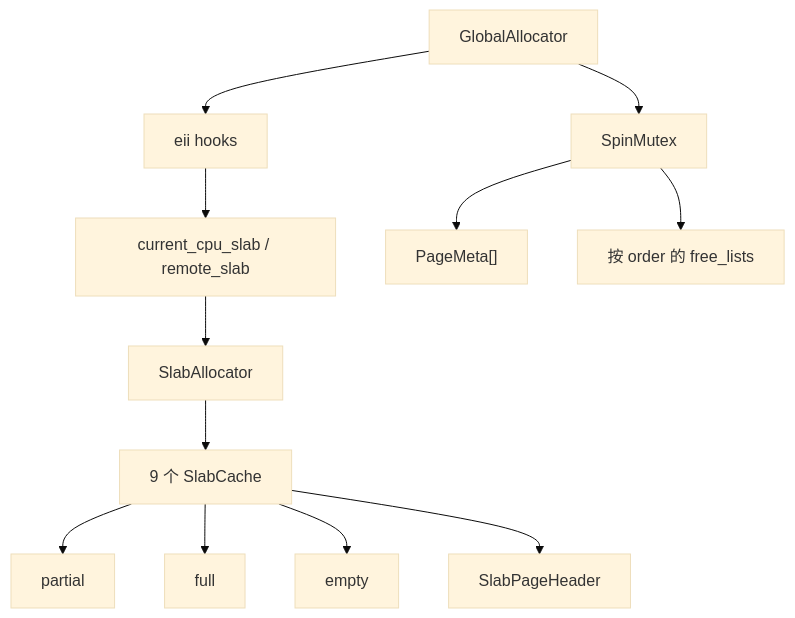
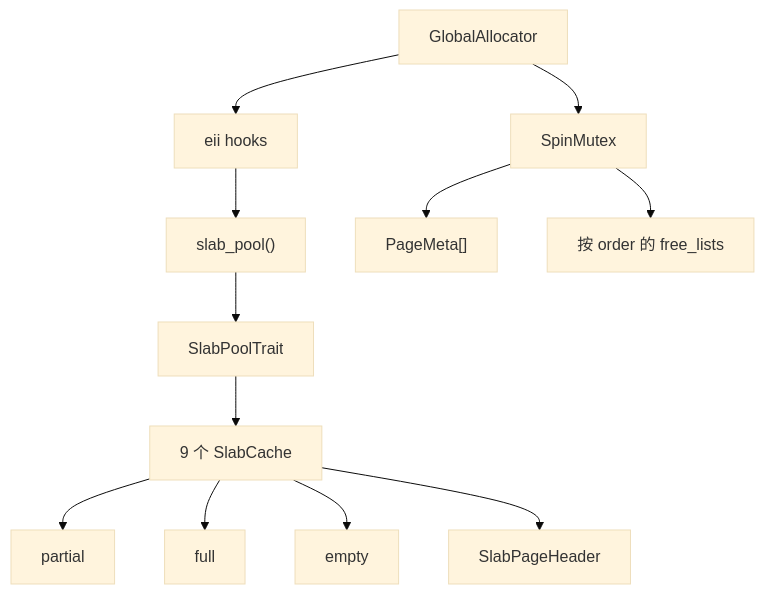
Before and after one commit to arceos-hypervisor/buddy-slab-allocator: the first of 3 diagrams in README_CN.md, drawn with Mermaid (base theme). The commit also changed other lines of this file and 10 other files, not shown here.

First line of the commit message:
Refactor global allocator to support singleton pattern and improve slab management

````diff
--- a/README_CN.md
+++ b/README_CN.md
@@ -20,16 +20,16 @@
 ```mermaid
 flowchart TD
     GA["GlobalAllocator"] --> B["SpinMutex<BuddyAllocator>"]
     GA --> EI["eii hooks"]
-    EI --> PCS["current_cpu_slab / remote_slab"]
+    EI --> SP["slab_pool()"]
 
     B --> PM["PageMeta[]"]
     B --> FL["按 order 的 free_lists"]
 
-    PCS --> SA["SlabAllocator"]
+    SP --> SA["SlabPoolTrait"]
     SA --> SC["9 个 SlabCache"]
     SC --> P["partial"]
     SC --> F["full"]
     SC --> E["empty"]
     SC --> H["SlabPageHeader"]
 ```
````
